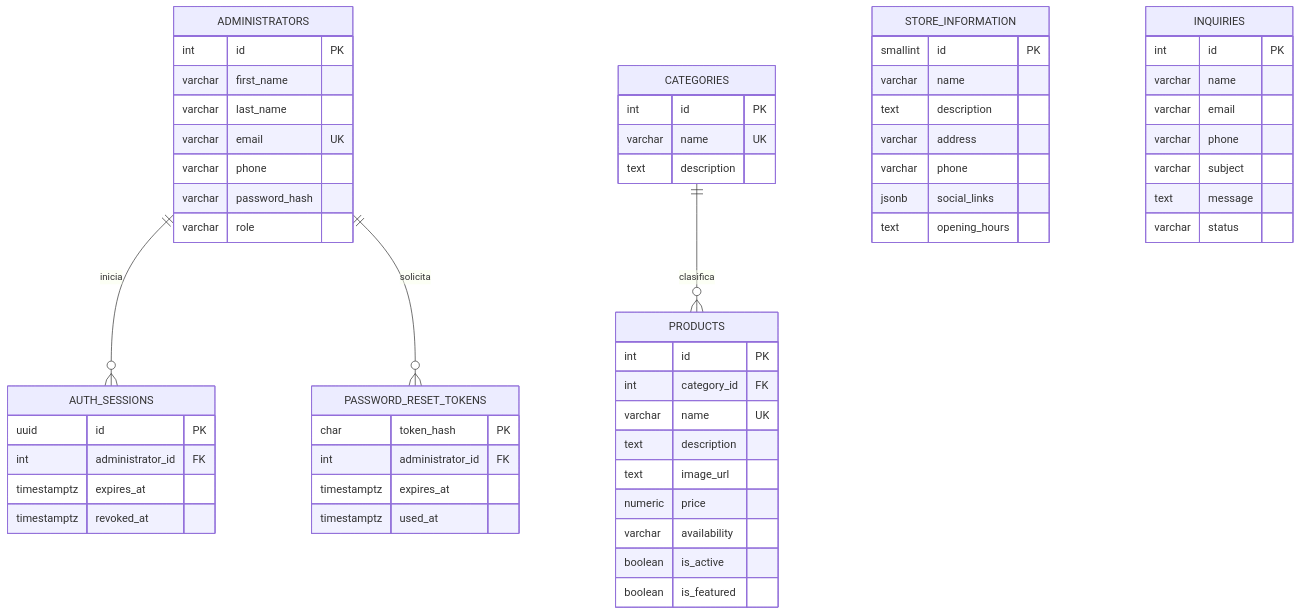
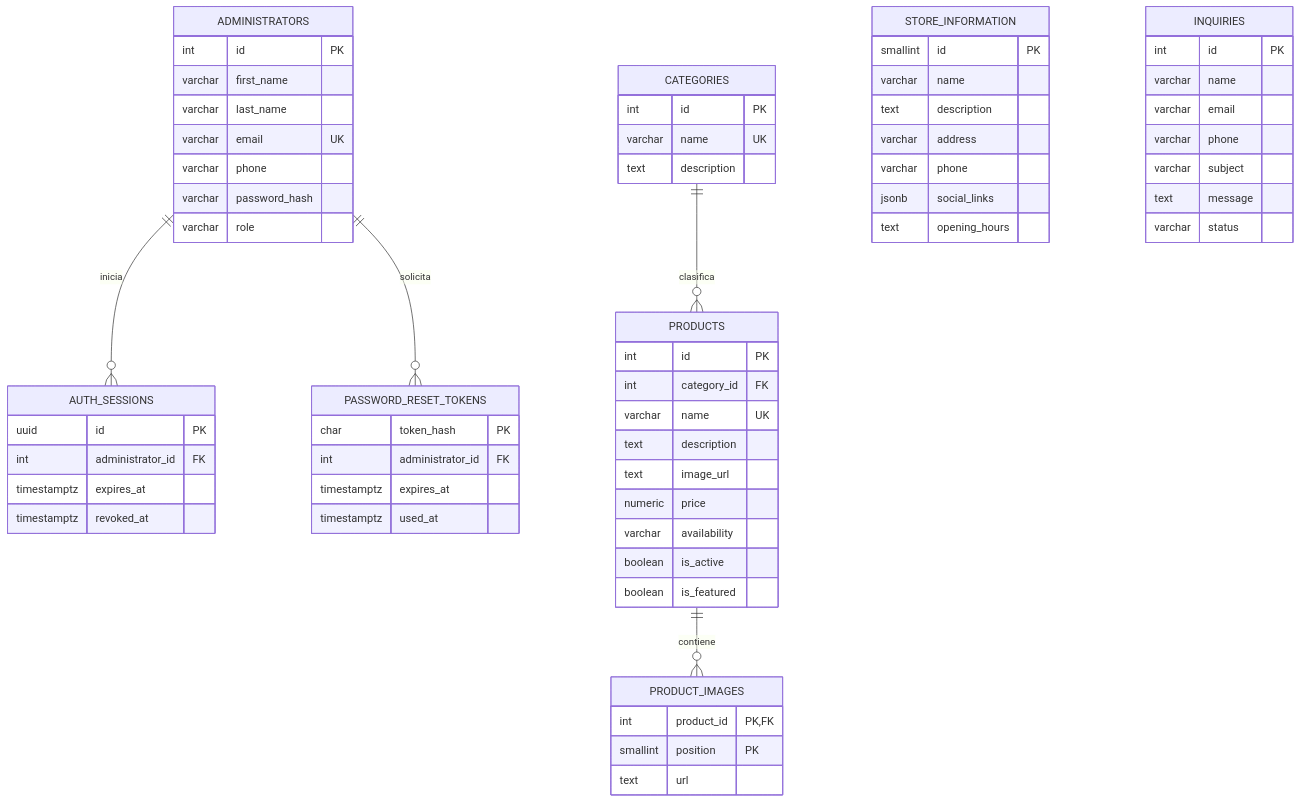
The diagram in backend/docs/BASE_DE_DATOS.md (matiasalek/Aplicaciones-Interactivas-TPO), drawn with Mermaid before and after one commit. The commit also changed other lines of this file and 16 other files, not shown here.

````diff
--- a/backend/docs/BASE_DE_DATOS.md
+++ b/backend/docs/BASE_DE_DATOS.md
@@ -7,68 +7,75 @@
 ```mermaid
 erDiagram
   ADMINISTRATORS ||--o{ AUTH_SESSIONS : inicia
   ADMINISTRATORS ||--o{ PASSWORD_RESET_TOKENS : solicita
   CATEGORIES ||--o{ PRODUCTS : clasifica
+  PRODUCTS ||--o{ PRODUCT_IMAGES : contiene
 
   ADMINISTRATORS {
     int id PK
     varchar first_name
     varchar last_name
     varchar email UK
     varchar phone
     varchar password_hash
     varchar role
   }
 
   AUTH_SESSIONS {
     uuid id PK
     int administrator_id FK
     timestamptz expires_at
     timestamptz revoked_at
   }
 
   PASSWORD_RESET_TOKENS {
     char token_hash PK
     int administrator_id FK
     timestamptz expires_at
     timestamptz used_at
   }
 
   CATEGORIES {
     int id PK
     varchar name UK
     text description
   }
 
   PRODUCTS {
     int id PK
     int category_id FK
     varchar name UK
     text description
     text image_url
     numeric price
     varchar availability
     boolean is_active
     boolean is_featured
   }
 
+  PRODUCT_IMAGES {
+    int product_id PK,FK
+    smallint position PK
+    text url
+  }
+
   STORE_INFORMATION {
     smallint id PK
     varchar name
     text description
     varchar address
     varchar phone
     jsonb social_links
     text opening_hours
   }
 
   INQUIRIES {
     int id PK
     varchar name
     varchar email
     varchar phone
     varchar subject
     text message
     varchar status
   }
 ```
````
